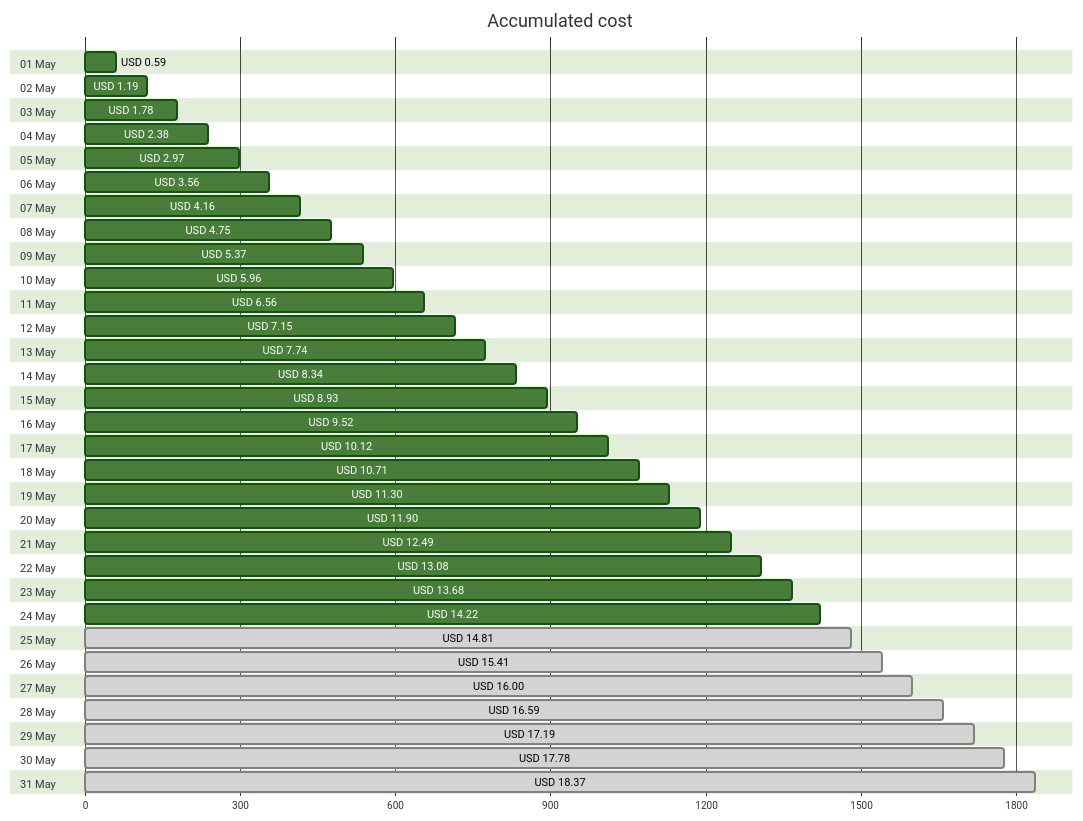
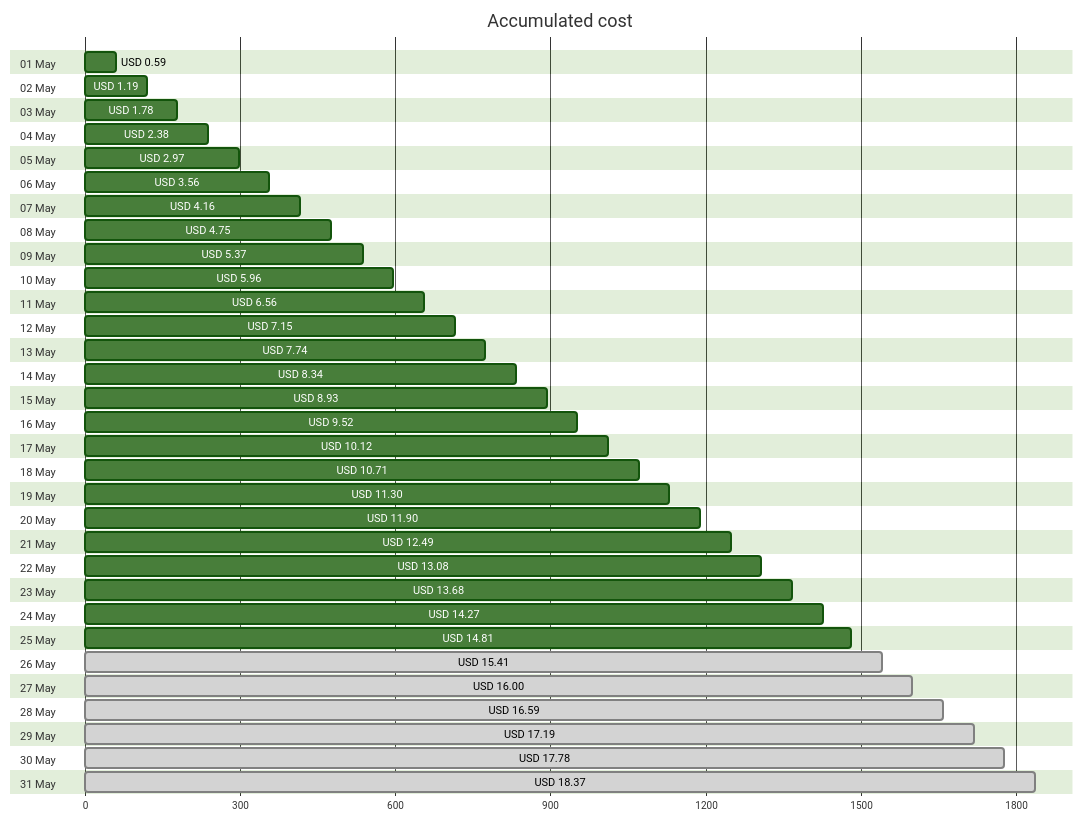
The first of 4 diagrams in cost-reports/personal-site/README.md (jpfulton/azure-personal-reports), drawn with Mermaid (forest theme) before and after one commit. The commit also changed other lines of this file and 6 other files, not shown here.

````diff
--- a/cost-reports/personal-site/README.md
+++ b/cost-reports/personal-site/README.md
@@ -20,68 +20,68 @@
 ```mermaid
 gantt
    title Accumulated cost
    dateFormat  X
    axisFormat %s
    section 01 May
    USD 0.59 :0, 59
    section 02 May
    USD 1.19 :0, 119
    section 03 May
    USD 1.78 :0, 178
    section 04 May
    USD 2.38 :0, 238
    section 05 May
    USD 2.97 :0, 297
    section 06 May
    USD 3.56 :0, 356
    section 07 May
    USD 4.16 :0, 416
    section 08 May
    USD 4.75 :0, 475
    section 09 May
    USD 5.37 :0, 537
    section 10 May
    USD 5.96 :0, 596
    section 11 May
    USD 6.56 :0, 656
    section 12 May
    USD 7.15 :0, 715
    section 13 May
    USD 7.74 :0, 774
    section 14 May
    USD 8.34 :0, 834
    section 15 May
    USD 8.93 :0, 893
    section 16 May
    USD 9.52 :0, 952
    section 17 May
    USD 10.12 :0, 1012
    section 18 May
    USD 10.71 :0, 1071
    section 19 May
    USD 11.30 :0, 1130
    section 20 May
    USD 11.90 :0, 1190
    section 21 May
    USD 12.49 :0, 1249
    section 22 May
    USD 13.08 :0, 1308
    section 23 May
    USD 13.68 :0, 1368
    section 24 May
-   USD 14.22 :0, 1422
+   USD 14.27 :0, 1427
    section 25 May
-   USD 14.81 : done, 0, 1481
+   USD 14.81 :0, 1481
    section 26 May
    USD 15.41 : done, 0, 1541
    section 27 May
    USD 16.00 : done, 0, 1600
    section 28 May
    USD 16.59 : done, 0, 1659
    section 29 May
    USD 17.19 : done, 0, 1719
    section 30 May
    USD 17.78 : done, 0, 1778
    section 31 May
    USD 18.37 : done, 0, 1837
 ```
````
